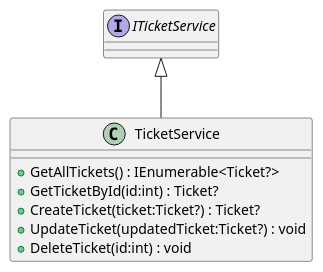
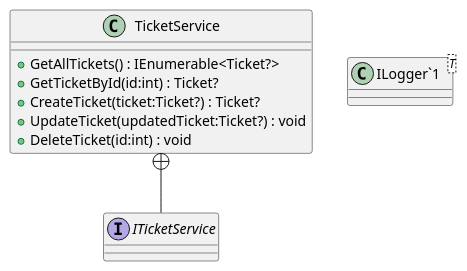
One commit to lh1207/AeroAssist changed the diagram in puml/Services/TicketService.puml. Above: the diagram before and after it, drawn with PlantUML. The commit also changed 13 other files, not shown here.

Commit message:
Generate PlantUML diagram

```diff
--- a/puml/Services/TicketService.puml
+++ b/puml/Services/TicketService.puml
@@ -1,12 +1,14 @@
 @startuml
-interface ITicketService {
-}
 class TicketService {
     + GetAllTickets() : IEnumerable<Ticket?>
     + GetTicketById(id:int) : Ticket?
     + CreateTicket(ticket:Ticket?) : Ticket?
     + UpdateTicket(updatedTicket:Ticket?) : void
     + DeleteTicket(id:int) : void
 }
-ITicketService <|-- TicketService
+class "ILogger`1"<T> {
+}
+interface ITicketService {
+}
+TicketService +-- ITicketService
 @enduml
```
